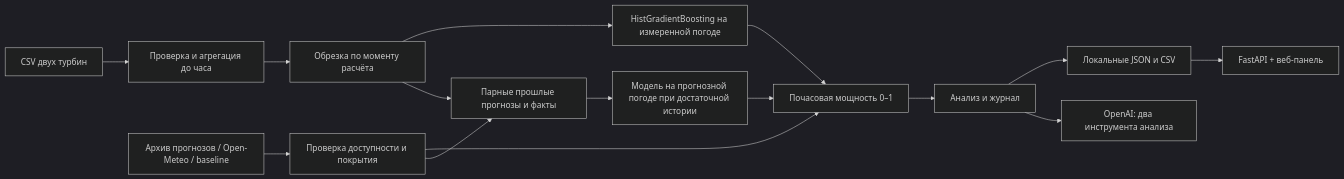
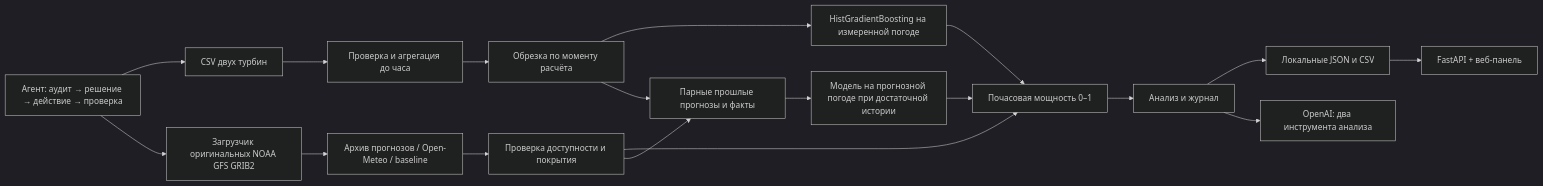
One commit to BAITC-Hacks/hack-ed0ebc3f-whesternunion changed the diagram in docs/architecture.md. Above: the diagram before and after it, drawn with Mermaid (dark theme). The commit also changed other lines of this file and 17 other files, not shown here.

````diff
--- a/docs/architecture.md
+++ b/docs/architecture.md
@@ -3,17 +3,20 @@
 ```mermaid
 flowchart LR
+    O[Агент: аудит → решение → действие → проверка] --> A
+    O --> N[Загрузчик оригинальных NOAA GFS GRIB2]
+    N --> E
     A[CSV двух турбин] --> B[Проверка и агрегация до часа]
     B --> C[Обрезка по моменту расчёта]
     C --> D[HistGradientBoosting на измеренной погоде]
     E[Архив прогнозов / Open-Meteo / baseline] --> F[Проверка доступности и покрытия]
     D --> G[Почасовая мощность 0–1]
     F --> G
     F --> L[Парные прошлые прогнозы и факты]
     C --> L
     L --> M[Модель на прогнозной погоде при достаточной истории]
     M --> G
     G --> H[Анализ и журнал]
     H --> I[Локальные JSON и CSV]
     H --> J[OpenAI: два инструмента анализа]
     I --> K[FastAPI + веб-панель]
 ```
````
